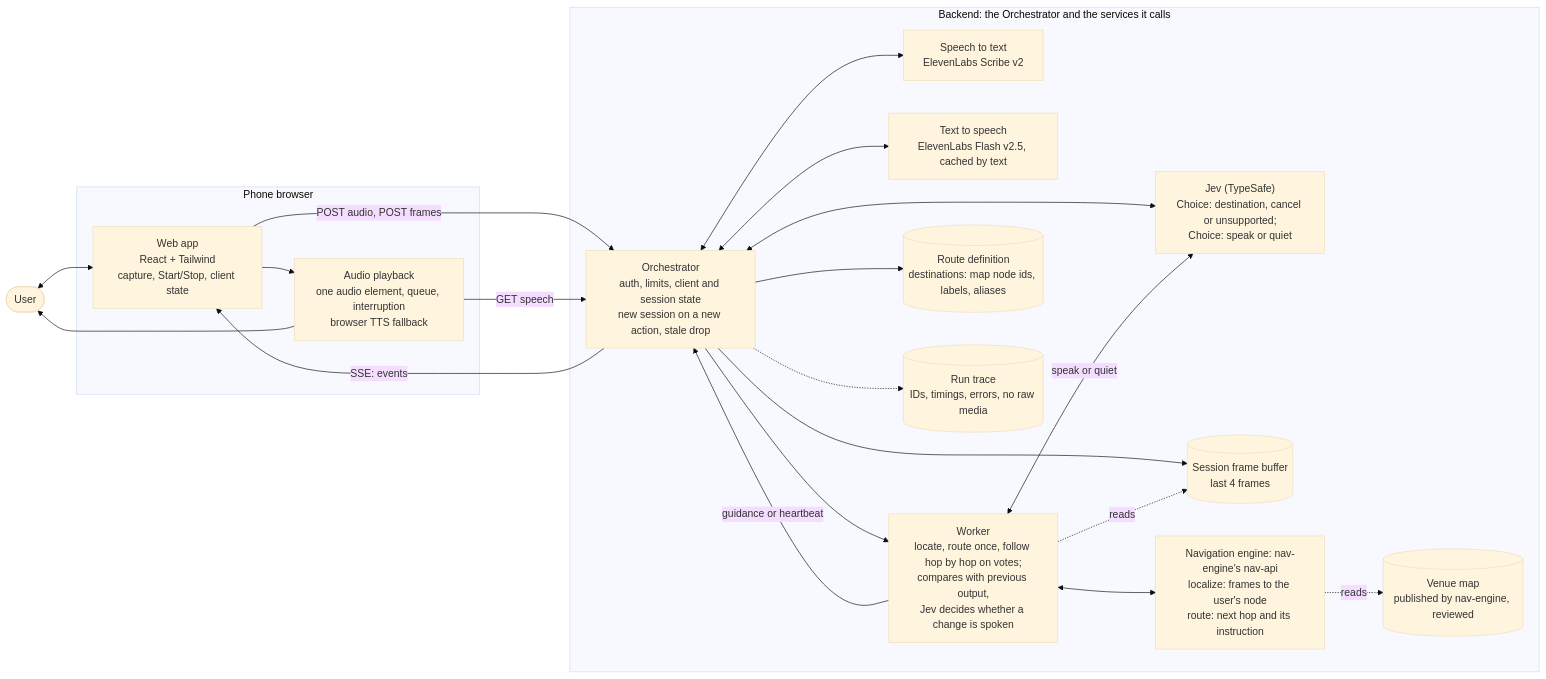
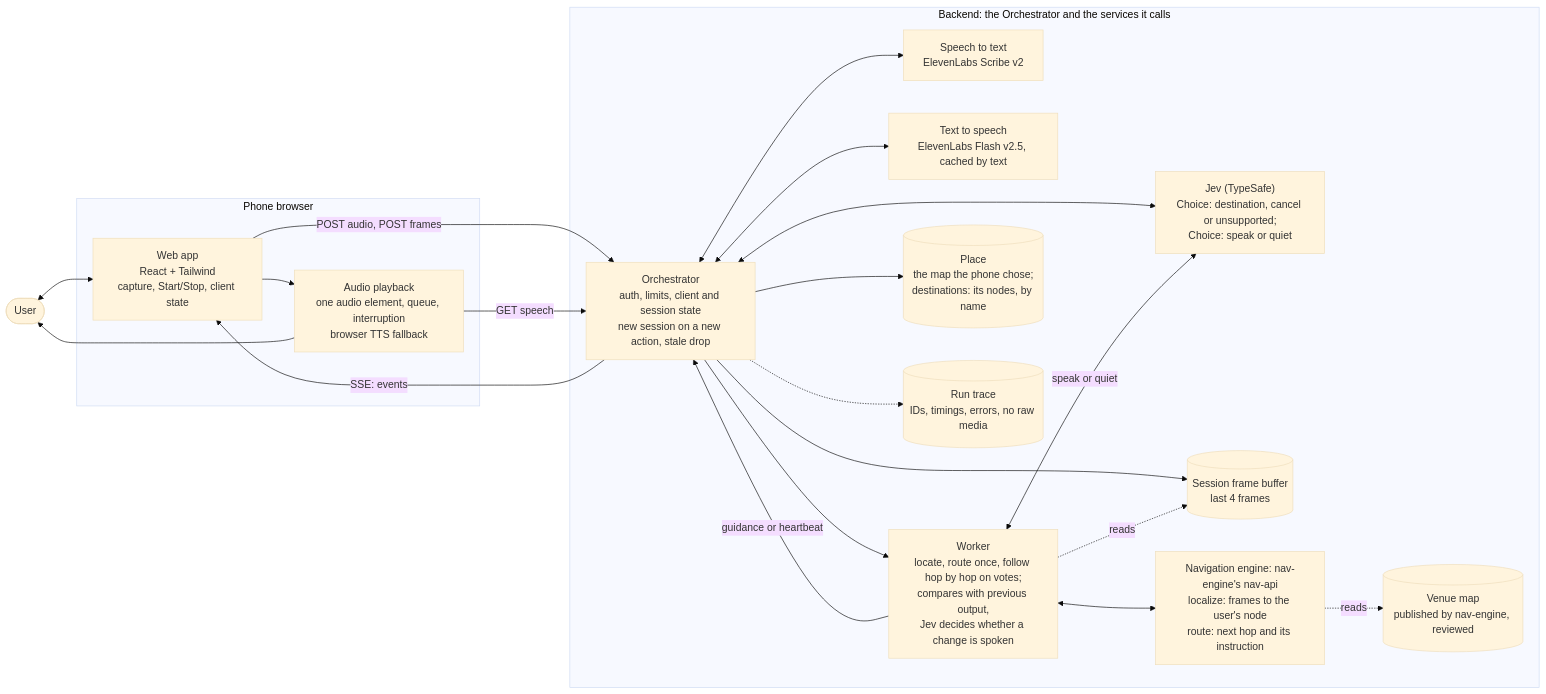
Before and after one commit to tungsten-united/project-description: the second of 3 diagrams in docs/architecture.md, drawn with Mermaid (base theme). The commit also changed other lines of this file and 8 other files, not shown here.

First line of the commit message:
Guide in any published place: choose the map, places from its nodes

````diff
--- a/docs/architecture.md
+++ b/docs/architecture.md
@@ -26,42 +26,42 @@
 ```mermaid
 flowchart LR
   user(["User"])
 
   subgraph phone["Phone browser"]
     app["Web app<br/>React + Tailwind<br/>capture, Start/Stop, client state"]
     tts["Audio playback<br/>one audio element, queue, interruption<br/>browser TTS fallback"]
   end
 
   subgraph backend["Backend: the Orchestrator and the services it calls"]
     orch["Orchestrator<br/>auth, limits, client and session state<br/>new session on a new action, stale drop"]
     stt["Speech to text<br/>ElevenLabs Scribe v2"]
     ttsapi["Text to speech<br/>ElevenLabs Flash v2.5, cached by text"]
     cmd["Jev (TypeSafe)<br/>Choice: destination, cancel or unsupported;<br/>Choice: speak or quiet"]
     buf[("Session frame buffer<br/>last 4 frames")]
     wrk["Worker<br/>locate, route once, follow hop by hop on votes;<br/>compares with previous output,<br/>Jev decides whether a change is spoken"]
     nav["Navigation engine: nav-engine's nav-api<br/>localize: frames to the user's node<br/>route: next hop and its instruction"]
     navmap[("Venue map<br/>published by nav-engine, reviewed")]
-    route[("Route definition<br/>destinations: map node ids, labels, aliases")]
+    route[("Place<br/>the map the phone chose;<br/>destinations: its nodes, by name")]
     trace[("Run trace<br/>IDs, timings, errors, no raw media")]
   end
 
   user <--> app
   app -->|"POST audio, POST frames"| orch
   orch -->|"SSE: events"| app
   app --> tts
   tts -->|"GET speech"| orch
   tts --> user
 
   orch <--> stt
   orch <--> ttsapi
   orch <--> cmd
   orch --> buf
   orch --> wrk
   wrk -.->|"reads"| buf
   wrk <--> nav
   wrk <-->|"speak or quiet"| cmd
   wrk -->|"guidance or heartbeat"| orch
   orch --> route
   nav -.->|"reads"| navmap
   orch -.-> trace
 ```
````
